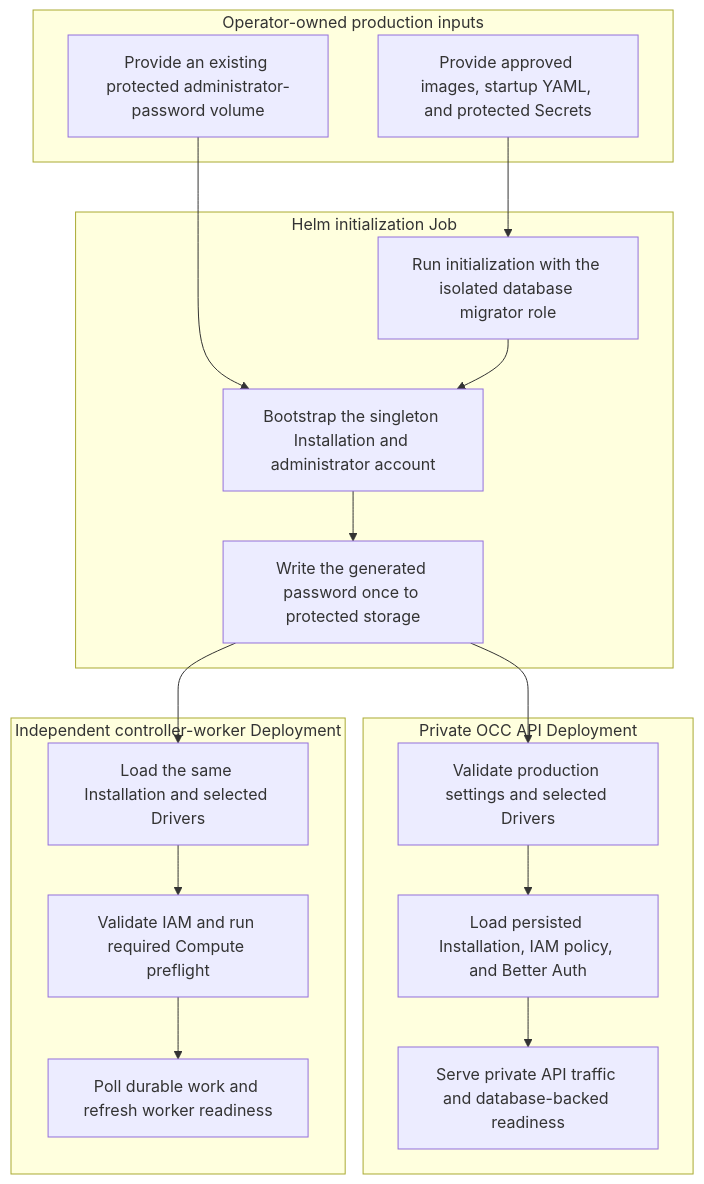
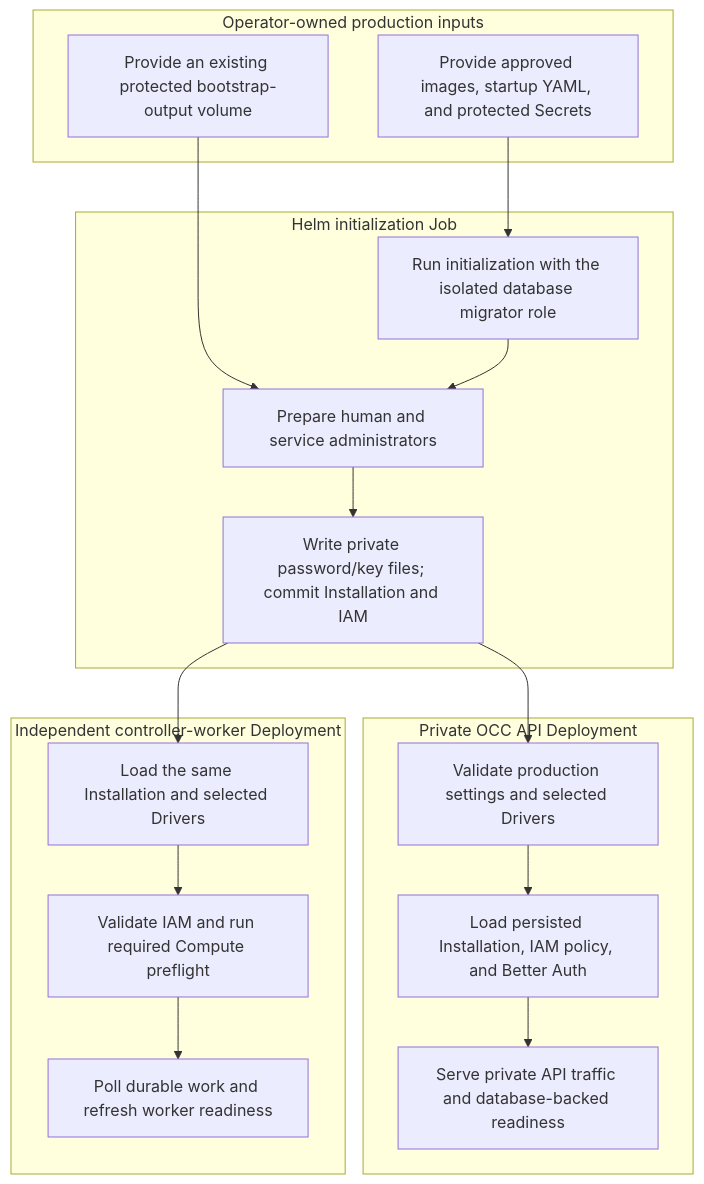
One commit to IsaiahStapleton/openclaw-enterprise changed the diagram in docs/flows/production-startup.md. Above: the diagram before and after it, drawn with Mermaid. The commit also changed other lines of this file and 34 other files, not shown here.

First line of the commit message:
feat: bootstrap an administrator service account

````diff
--- a/docs/flows/production-startup.md
+++ b/docs/flows/production-startup.md
@@ -39,34 +39,34 @@
 ```mermaid
 graph TD
     subgraph Operator["Operator-owned production inputs"]
         A["Provide approved images, startup YAML, and protected Secrets"]
-        B["Provide an existing protected administrator-password volume"]
+        B["Provide an existing protected bootstrap-output volume"]
     end
 
     subgraph Initialization["Helm initialization Job"]
         C["Run initialization with the isolated database migrator role"]
-        D["Bootstrap the singleton Installation and administrator account"]
-        E["Write the generated password once to protected storage"]
+        D["Prepare human and service administrators"]
+        E["Write private password/key files; commit Installation and IAM"]
     end
 
     subgraph API["Private OCC API Deployment"]
         F["Validate production settings and selected Drivers"]
         G["Load persisted Installation, IAM policy, and Better Auth"]
         H["Serve private API traffic and database-backed readiness"]
     end
 
     subgraph Worker["Independent controller-worker Deployment"]
         I["Load the same Installation and selected Drivers"]
         J["Validate IAM and run required Compute preflight"]
         K["Poll durable work and refresh worker readiness"]
     end
 
     A --> C
     B --> D
     C --> D
     D --> E
     E --> F
     E --> I
     F --> G --> H
     I --> J --> K
 ```
````
